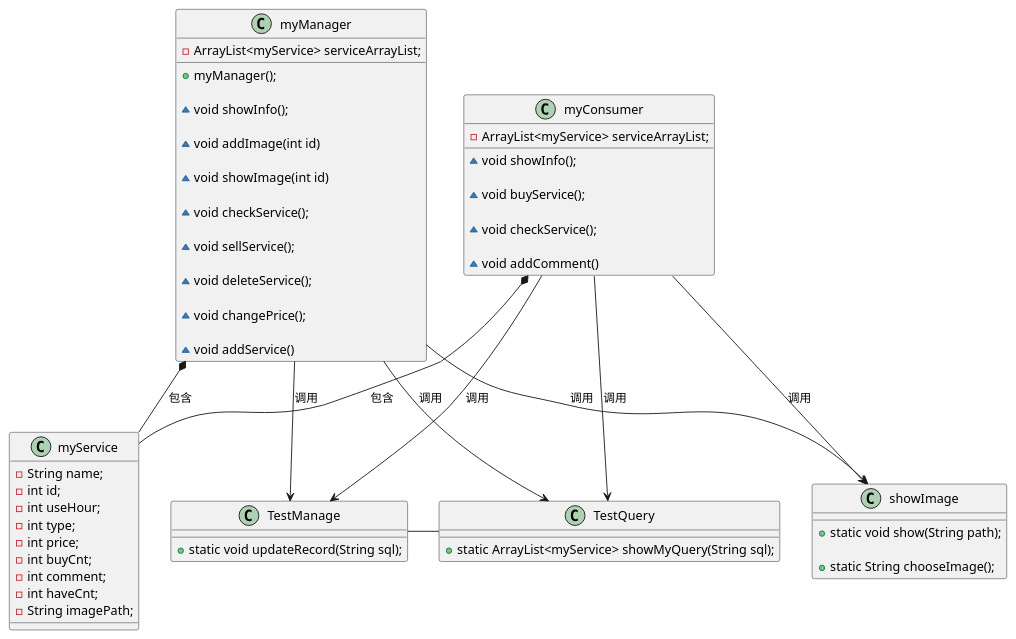
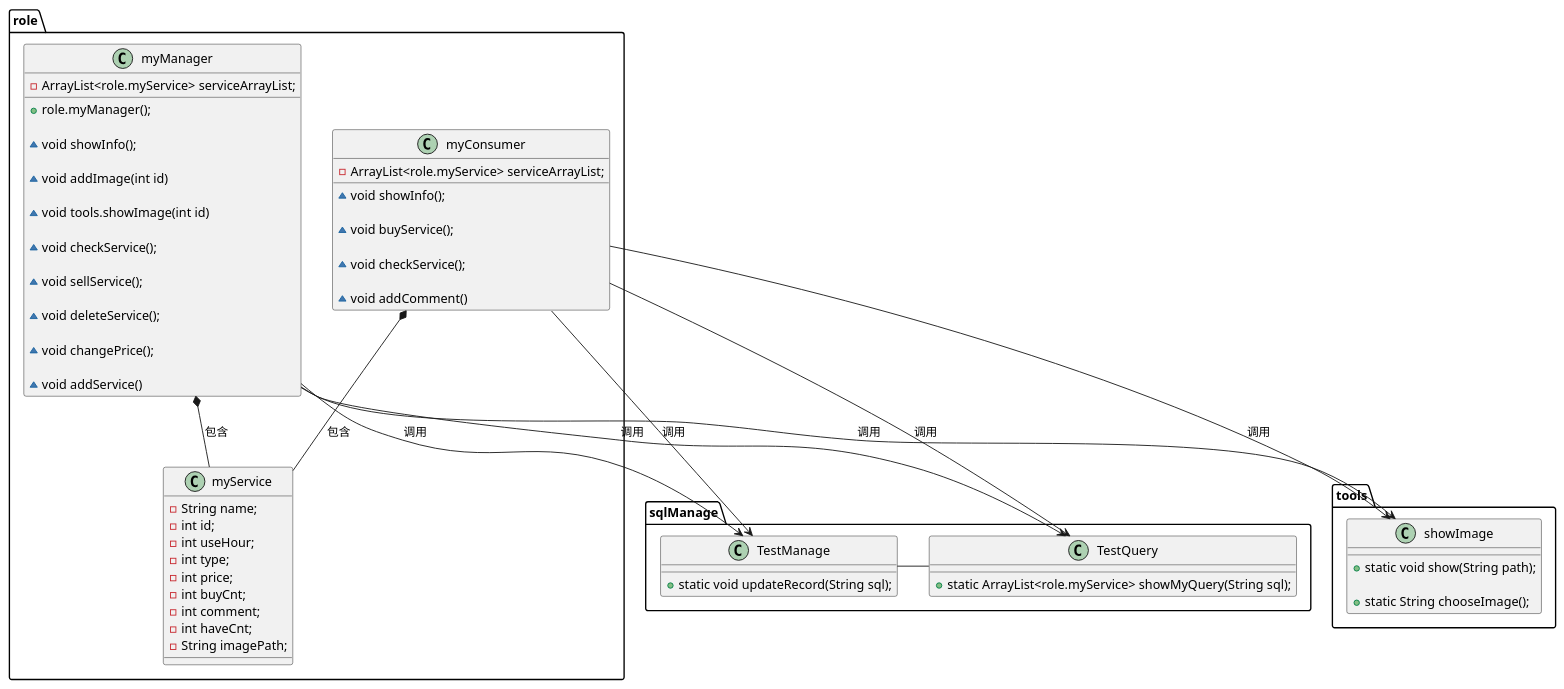
Before and after one commit to beautifulwq/bookManagement: the diagram in src/wq.puml, drawn with PlantUML. The commit also changed 10 other files, not shown here.

```diff
--- a/src/wq.puml
+++ b/src/wq.puml
@@ -1,92 +1,92 @@
 @startuml
 'https://plantuml.com/class-diagram
 
-myManager *-- myService :包含
+role.myManager *-- role.myService :包含
 
-myConsumer *-- myService :包含
+role.myConsumer *-- role.myService :包含
 
-myManager --> showImage :调用
+role.myManager --> tools.showImage :调用
 
-myManager --> TestQuery :调用
+role.myManager --> sqlManage.TestQuery :调用
 
-myManager --> TestManage :调用
+role.myManager --> sqlManage.TestManage :调用
 
-myConsumer --> showImage :调用
+role.myConsumer --> tools.showImage :调用
 
-myConsumer --> TestQuery :调用
+role.myConsumer --> sqlManage.TestQuery :调用
 
-myConsumer --> TestManage :调用
+role.myConsumer --> sqlManage.TestManage :调用
 
 together {
-    class myService
-    class myConsumer
+    class role.myService
+    class role.myConsumer
 
 }
-TestManage-TestQuery
+sqlManage.TestManage-sqlManage.TestQuery
 
 
-class myManager{
-    - ArrayList<myService> serviceArrayList;
+class role.myManager{
+    - ArrayList<role.myService> serviceArrayList;
 
-    + myManager();
+    + role.myManager();
 
     ~ void showInfo();
 
     ~ void addImage(int id)
 
-    ~ void showImage(int id)
+    ~ void tools.showImage(int id)
 
     ~ void checkService();
 
     ~ void sellService();
 
     ~ void deleteService();
 
     ~ void changePrice();
 
     ~ void addService()
 
 }
 
-class myConsumer{
-    - ArrayList<myService> serviceArrayList;
+class role.myConsumer{
+    - ArrayList<role.myService> serviceArrayList;
 
     ~ void showInfo();
 
     ~ void buyService();
 
     ~ void checkService();
 
     ~ void addComment()
 
 }
 
-class myService{
+class role.myService{
     - String name;
     - int id;
     - int useHour;
     - int type;
     - int price;
     - int buyCnt;
     - int comment;
     - int haveCnt;
     - String imagePath;
 }
 
-class showImage{
+class tools.showImage{
 
     + static void show(String path);
 
     + static String chooseImage();
 }
 
-class TestQuery{
-    + static ArrayList<myService> showMyQuery(String sql);
+class sqlManage.TestQuery{
+    + static ArrayList<role.myService> showMyQuery(String sql);
 }
 
-class TestManage{
+class sqlManage.TestManage{
     + static void updateRecord(String sql);
 
 }
 
 @enduml
```
